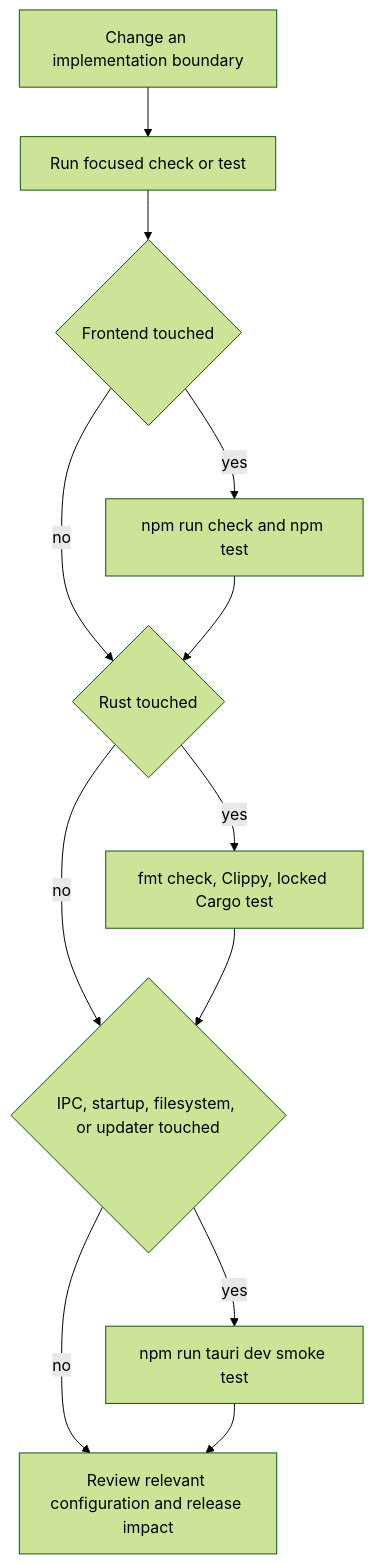
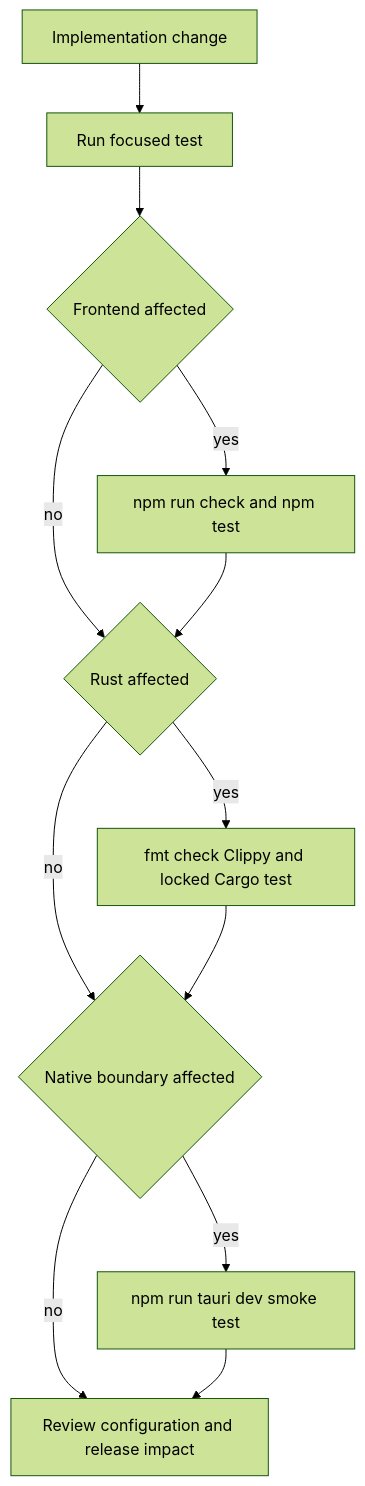
The first of 2 diagrams in openwiki/operations/development-and-testing.md (xXRoxXeRXx/lymic), drawn with Mermaid (forest theme) before and after one commit. The commit also changed other lines of this file and 21 other files, not shown here.

````diff
--- a/openwiki/operations/development-and-testing.md
+++ b/openwiki/operations/development-and-testing.md
@@ -88,14 +87,14 @@
 ```mermaid
 flowchart TD
-    Change["Change an implementation boundary"] --> Narrow["Run focused check or test"]
-    Narrow --> Frontend{"Frontend touched"}
-    Frontend -->|yes| Web["npm run check and npm test"]
-    Frontend -->|no| Native{"Rust touched"}
-    Web --> Native
-    Native -->|yes| Rust["fmt check, Clippy, locked Cargo test"]
-    Native -->|no| Desktop{"IPC, startup, filesystem, or updater touched"}
-    Rust --> Desktop
-    Desktop -->|yes| Smoke["npm run tauri dev smoke test"]
-    Desktop -->|no| Review["Review relevant configuration and release impact"]
+    Change["Implementation change"] --> Focus["Run focused test"]
+    Focus --> Web{"Frontend affected"}
+    Web -->|yes| WebGate["npm run check and npm test"]
+    Web -->|no| Native{"Rust affected"}
+    WebGate --> Native
+    Native -->|yes| RustGate["fmt check Clippy and locked Cargo test"]
+    Native -->|no| Boundary{"Native boundary affected"}
+    RustGate --> Boundary
+    Boundary -->|yes| Smoke["npm run tauri dev smoke test"]
+    Boundary -->|no| Review["Review configuration and release impact"]
     Smoke --> Review
 ```
````
